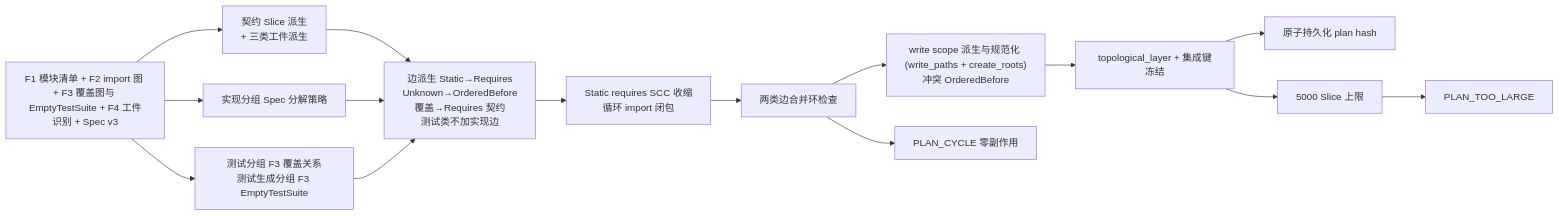
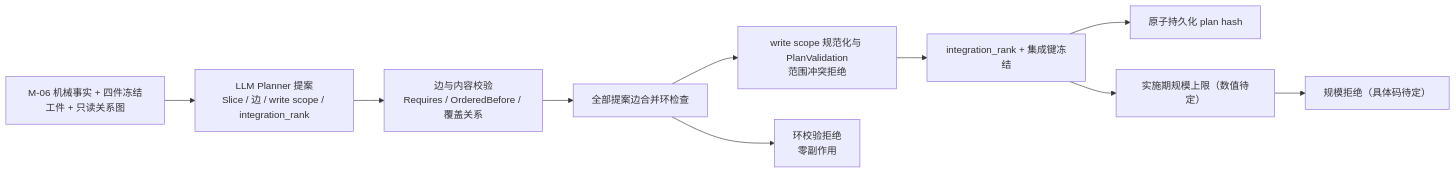
Before and after one commit to LT0X/CodeMigrator: the first of 3 diagrams in my_space/codemigrator_design_doc/architecture_module_design/CodeMigrator_迁移计划生成器.md, drawn with Mermaid. The commit also changed other lines of this file and 55 other files, not shown here.

````diff
--- a/my_space/codemigrator_design_doc/architecture_module_design/CodeMigrator_迁移计划生成器.md
+++ b/my_space/codemigrator_design_doc/architecture_module_design/CodeMigrator_迁移计划生成器.md
@@ -80,17 +95,12 @@
 ```mermaid
 flowchart LR
-    F["F1 模块清单 + F2 import 图 + F3 覆盖图与 EmptyTestSuite + F4 工件识别 + Spec v3"] --> CT["契约 Slice 派生<br/>+ 三类工件派生"]
-    F --> IMP["实现分组 Spec 分解策略"]
-    F --> TST["测试分组 F3 覆盖关系<br/>测试生成分组 F3 EmptyTestSuite"]
-    CT --> E["边派生 Static→Requires<br/>Unknown→OrderedBefore<br/>覆盖→Requires 契约<br/>测试类不加实现边"]
-    IMP --> E
-    TST --> E
-    E --> S["Static requires SCC 收缩<br/>循环 import 闭包"]
-    S --> C["两类边合并环检查"]
-    C --> W["write scope 派生与规范化 (write_paths + create_roots)<br/>冲突 OrderedBefore"]
-    C --> X["PLAN_CYCLE 零副作用"]
-    W --> K["topological_layer + 集成键冻结"]
+    F["M-06 机械事实 + 四件冻结工件 + 只读关系图"] --> PL["LLM Planner 提案<br/>Slice / 边 / write scope / integration_rank"]
+    PL --> E["边与内容校验<br/>Requires / OrderedBefore / 覆盖关系"]
+    E --> C["全部提案边合并环检查"]
+    C --> W["write scope 规范化与 PlanValidation<br/>范围冲突拒绝"]
+    C --> X["环校验拒绝<br/>零副作用"]
+    W --> K["integration_rank + 集成键冻结"]
     K --> P["原子持久化 plan hash"]
-    K --> L["5000 Slice 上限"]
-    L --> XL["PLAN_TOO_LARGE"]
+    K --> L["实施期规模上限（数值待定）"]
+    L --> XL["规模拒绝（具体码待定）"]
 ```
````
